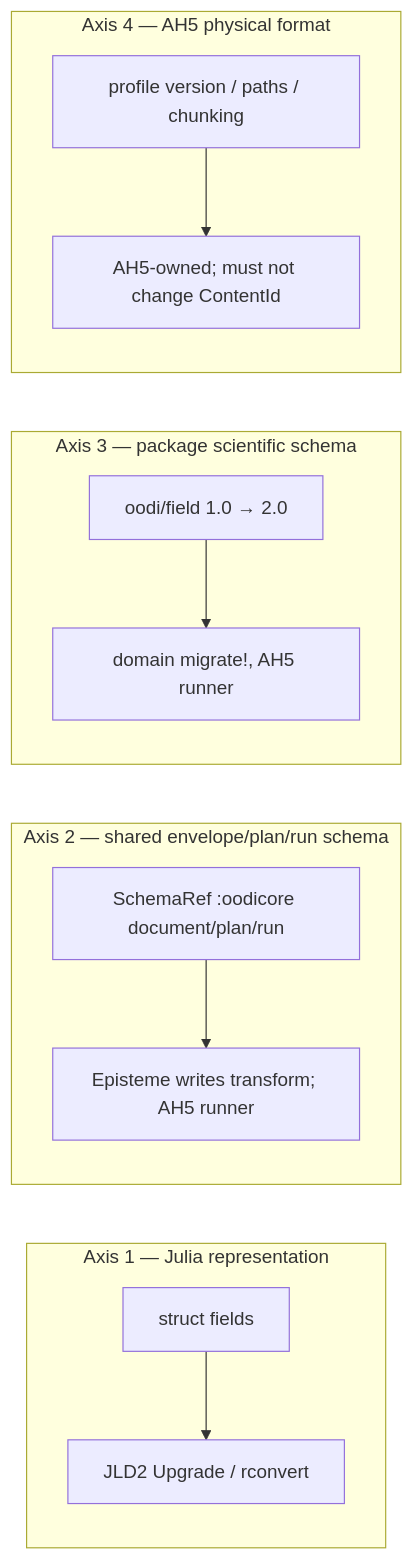
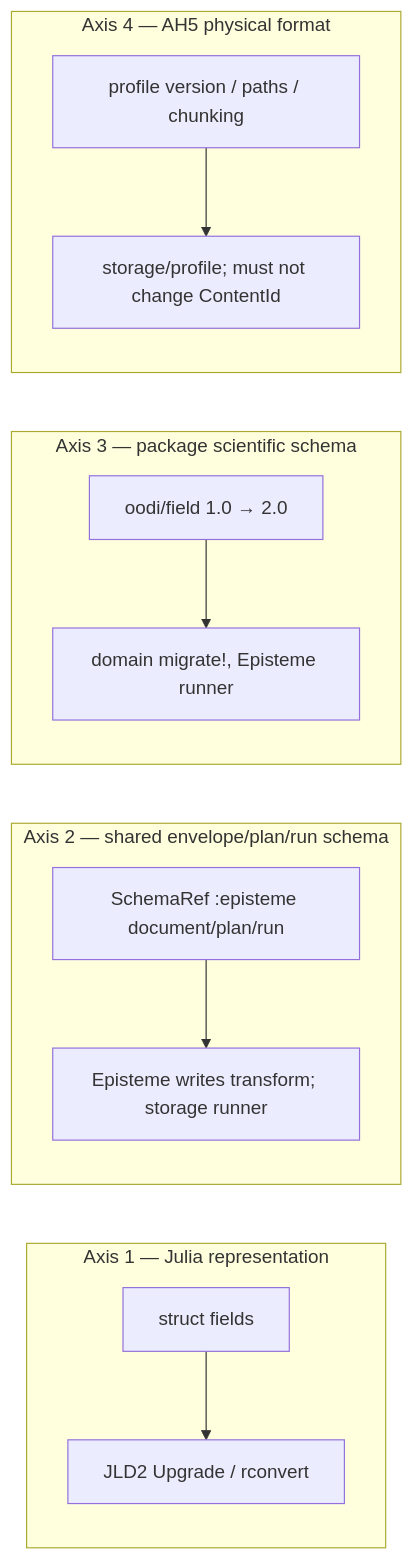
The fourth of 5 diagrams in docs/research/episteme-architecture.md (ahojukka5/Episteme.jl), drawn with Mermaid before and after one commit. The commit also changed other lines of this file and 3 other files, not shown here.

````diff
--- a/docs/research/episteme-architecture.md
+++ b/docs/research/episteme-architecture.md
@@ -1032,15 +1059,15 @@
 ```mermaid
 flowchart LR
     subgraph julia["Axis 1 — Julia representation"]
         J1["struct fields"] --> J2["JLD2 Upgrade / rconvert"]
     end
     subgraph epi["Axis 2 — shared envelope/plan/run schema"]
-        E1["SchemaRef :oodicore document/plan/run"] --> E2["Episteme writes transform; AH5 runner"]
+        E1["SchemaRef :episteme document/plan/run"] --> E2["Episteme writes transform; storage runner"]
     end
     subgraph sci["Axis 3 — package scientific schema"]
-        S1["oodi/field 1.0 → 2.0"] --> S2["domain migrate!, AH5 runner"]
+        S1["oodi/field 1.0 → 2.0"] --> S2["domain migrate!, Episteme runner"]
     end
     subgraph phys["Axis 4 — AH5 physical format"]
-        P1["profile version / paths / chunking"] --> P2["AH5-owned; must not change ContentId"]
+        P1["profile version / paths / chunking"] --> P2["storage/profile; must not change ContentId"]
     end
 ```
````
